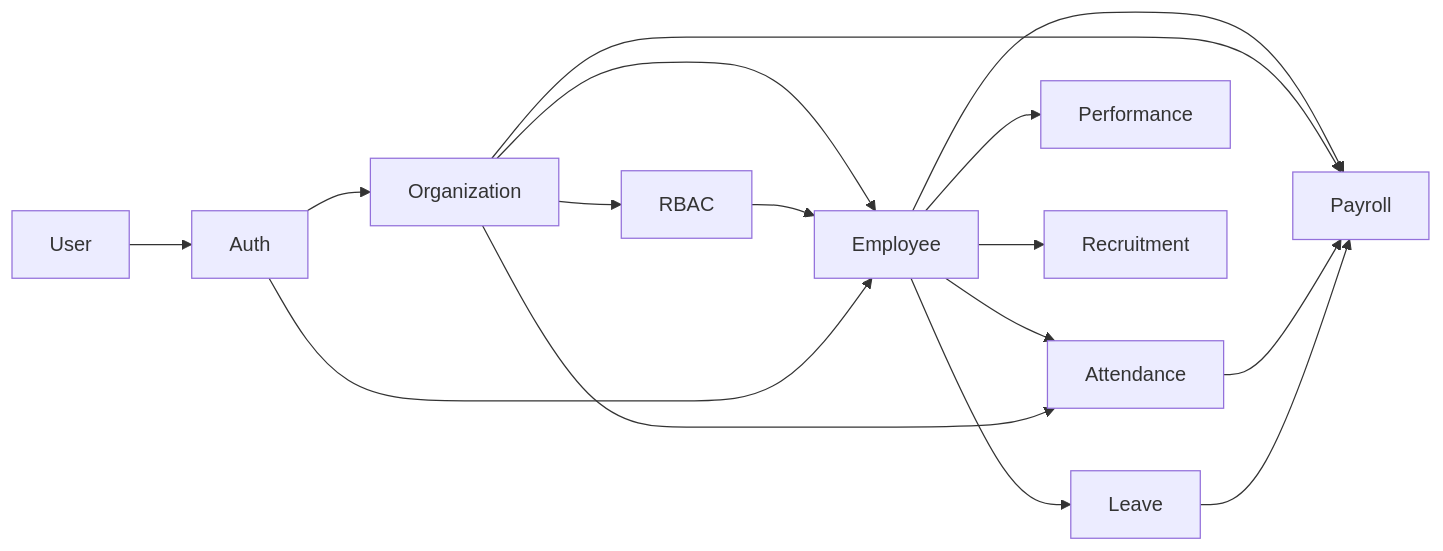
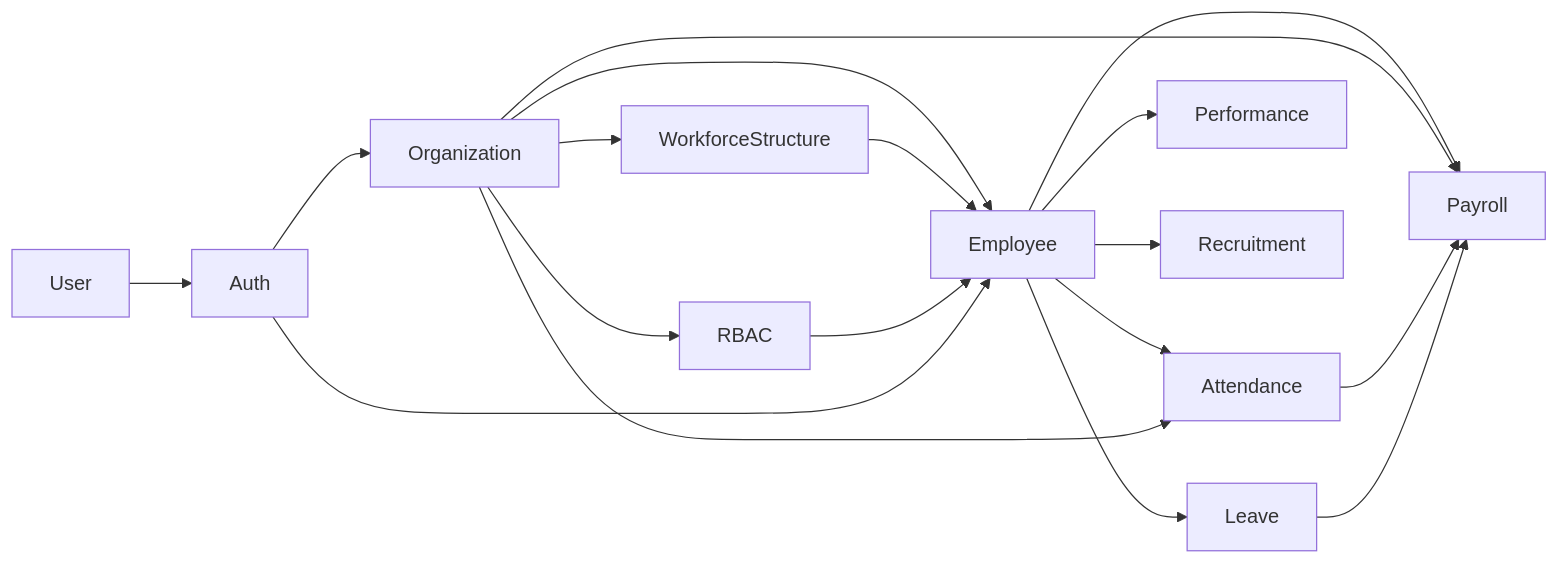
Before and after one commit to bagusyanuar/hris-backend: the diagram in docs/PRD/README.md, drawn with Mermaid. The commit also changed other lines of this file and 3 other files, not shown here.

First line of the commit message:
docs(prd): split organization into organization + workforce-structure contexts

````diff
--- a/docs/PRD/README.md
+++ b/docs/PRD/README.md
@@ -81,18 +82,20 @@
 ```mermaid
 graph LR
     Employee --> Attendance
     Employee --> Leave
     Employee --> Payroll
     Employee --> Performance
     Employee --> Recruitment
+    Organization --> WorkforceStructure
     Organization --> Employee
     Organization --> RBAC
     Organization --> Payroll
     Organization --> Attendance
+    WorkforceStructure --> Employee
     RBAC --> Employee
     Attendance --> Payroll
     Leave --> Payroll
     User --> Auth
     Auth --> Employee
     Auth --> Organization
 ```
````
